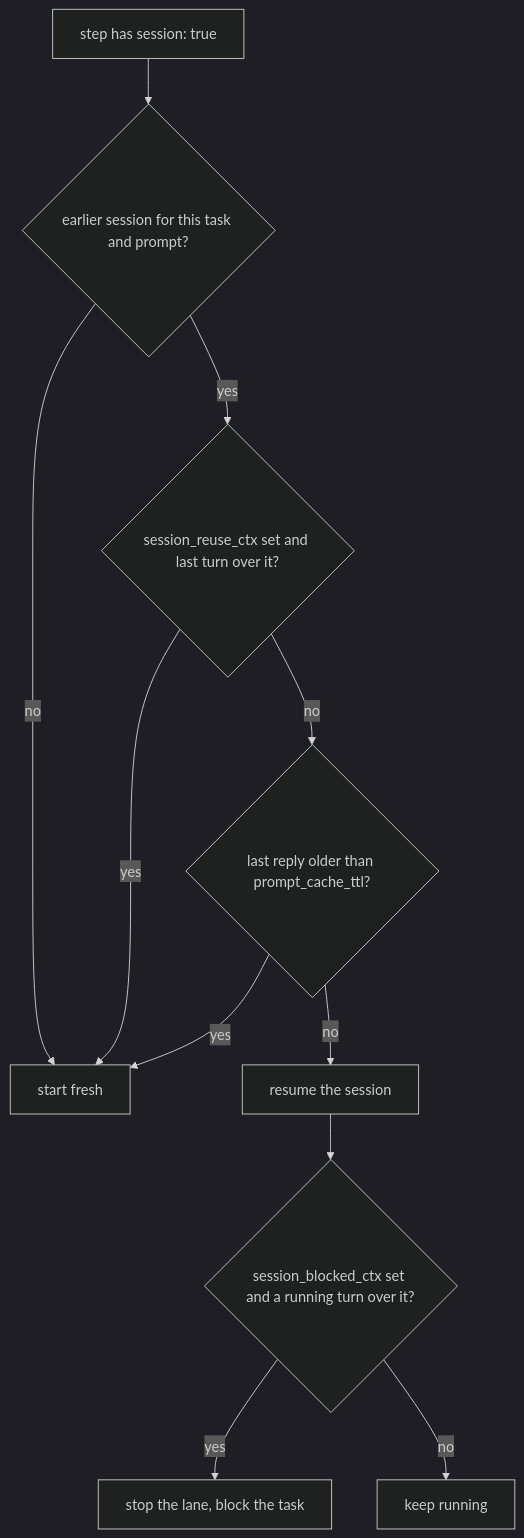
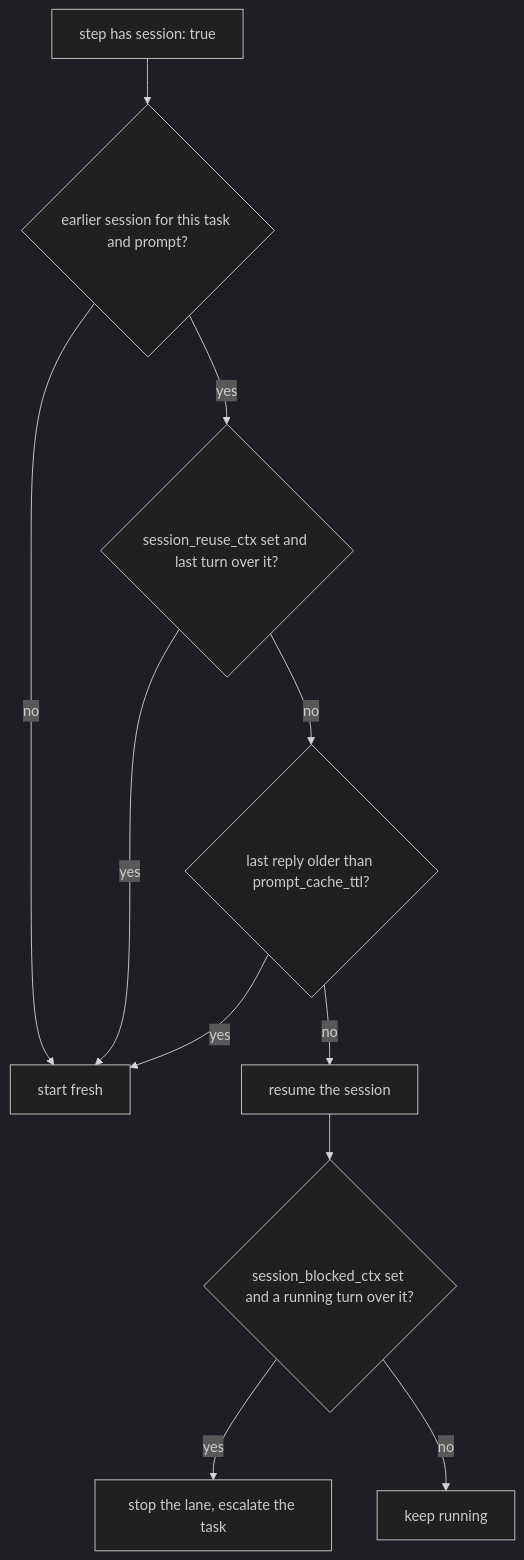
One commit to marvingygas/spoolway changed the diagram in docs/agents.md. Above: the diagram before and after it, drawn with Mermaid (dark theme). The commit also changed other lines of this file and 6 other files, not shown here.

````diff
--- a/docs/agents.md
+++ b/docs/agents.md
@@ -104,13 +104,13 @@
 ```mermaid
 flowchart TD
   A[step has session: true] --> B{earlier session for this task and prompt?}
   B -- no --> F[start fresh]
   B -- yes --> C{session_reuse_ctx set and last turn over it?}
   C -- yes --> F
   C -- no --> D{last reply older than prompt_cache_ttl?}
   D -- yes --> F
   D -- no --> R[resume the session]
   R --> E{session_blocked_ctx set and a running turn over it?}
-  E -- yes --> S[stop the lane, block the task]
+  E -- yes --> S[stop the lane, escalate the task]
   E -- no --> K[keep running]
 ```
````
